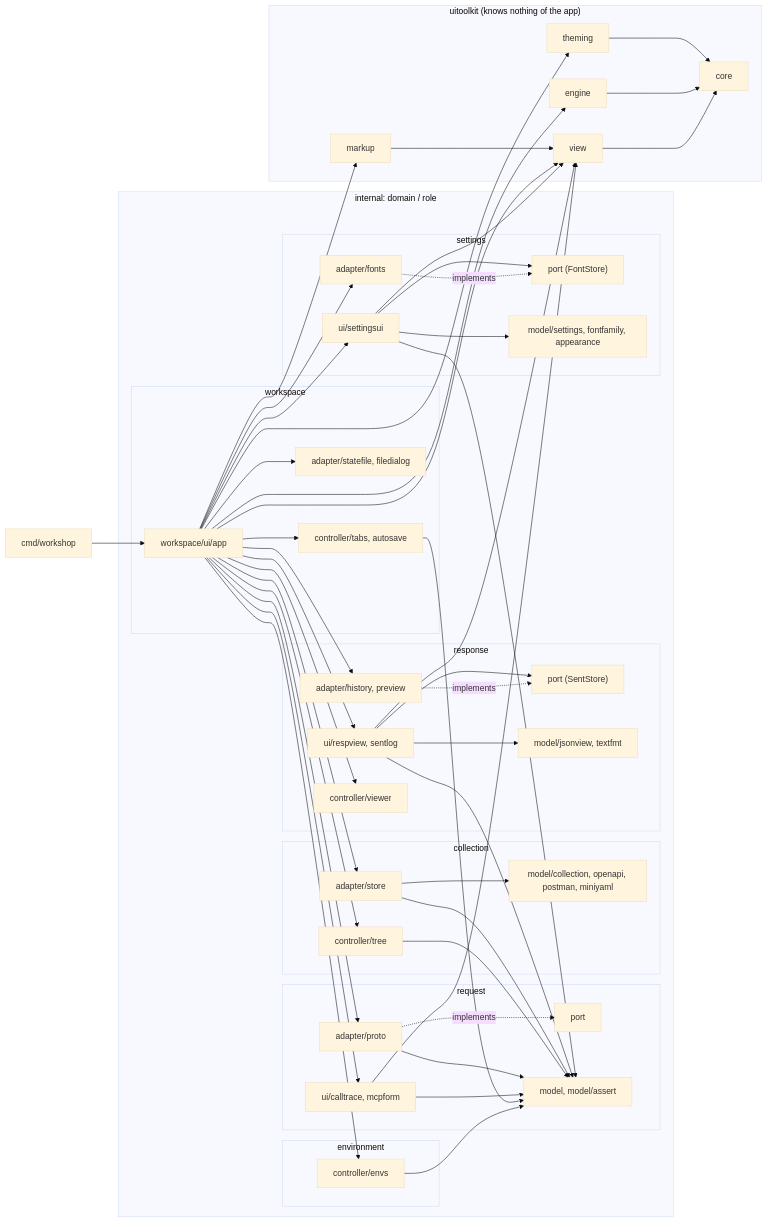
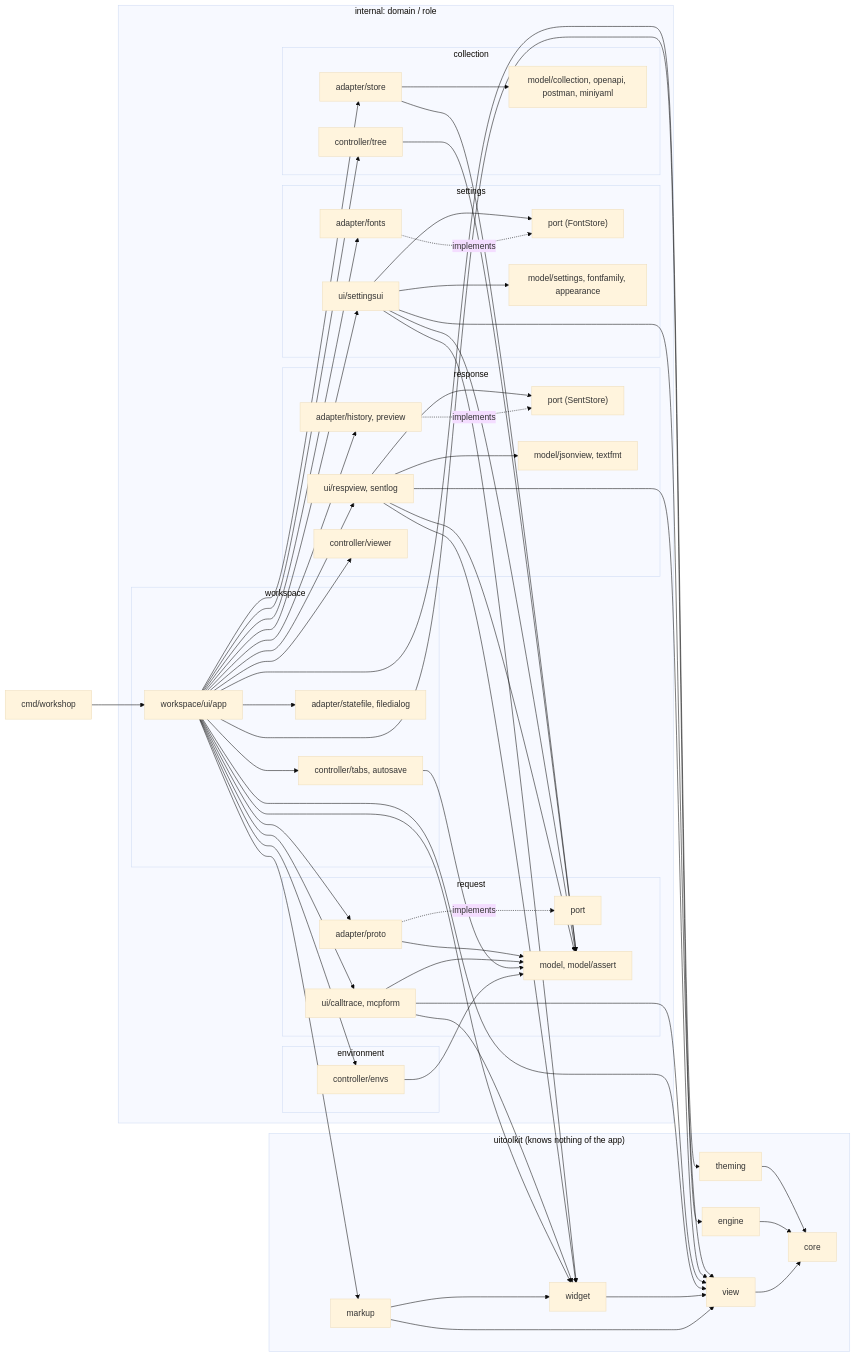
Before and after one commit to gascoigne-ai/gascoigne-workshop: the diagram in .harness/architecture.md, drawn with Mermaid (base theme). The commit also changed other lines of this file and 64 other files, not shown here.

First line of the commit message:
refactor(toolkit): ready-made widgets move from view to widget

````diff
--- a/.harness/architecture.md
+++ b/.harness/architecture.md
@@ -5,58 +5,60 @@
 ```mermaid
 flowchart LR
   cmd["cmd/workshop"] --> app["workspace/ui/app"]
   subgraph domains["internal: domain / role"]
     subgraph request
       rui["ui/calltrace, mcpform"]
       rad["adapter/proto"]
       rport["port"]
       rmod["model, model/assert"]
     end
     subgraph collection
       cad["adapter/store"]
       cctl["controller/tree"]
       cmod["model/collection, openapi, postman, miniyaml"]
     end
     subgraph response
       sui["ui/respview, sentlog"]
       sport["port (SentStore)"]
       sad["adapter/history, preview"]
       smod["model/jsonview, textfmt"]
       sctl["controller/viewer"]
     end
     subgraph settings
       tui["ui/settingsui"]
       tport["port (FontStore)"]
       tad["adapter/fonts"]
       tmod["model/settings, fontfamily, appearance"]
     end
     subgraph environment
       ectl["controller/envs"]
     end
     subgraph workspace
       app
       wctl["controller/tabs, autosave"]
       wad["adapter/statefile, filedialog"]
     end
   end
   app --> ectl & wctl & cctl & sctl
   ectl & wctl & cctl --> rmod
   app --> rui & rad & cad & sui & sad & tui & tad & wad
   rui & rad & cad & sui & tui --> rmod
   rad -. implements .-> rport
   sad -. implements .-> sport
   sui --> sport
   tad -. implements .-> tport
   tui --> tport
   tui --> tmod
   cad --> cmod
   sui --> smod
   subgraph toolkit["uitoolkit (knows nothing of the app)"]
-    markup["markup"] --> view["view"]
+    markup["markup"] --> widget["widget"]
+    markup --> view["view"]
+    widget --> view
     view --> core["core"]
     engine["engine"] --> core
     theming["theming"] --> core
   end
-  app --> markup & view & engine & theming
-  rui & sui & tui --> view
+  app --> markup & widget & view & engine & theming
+  rui & sui & tui --> view & widget
 ```
````
